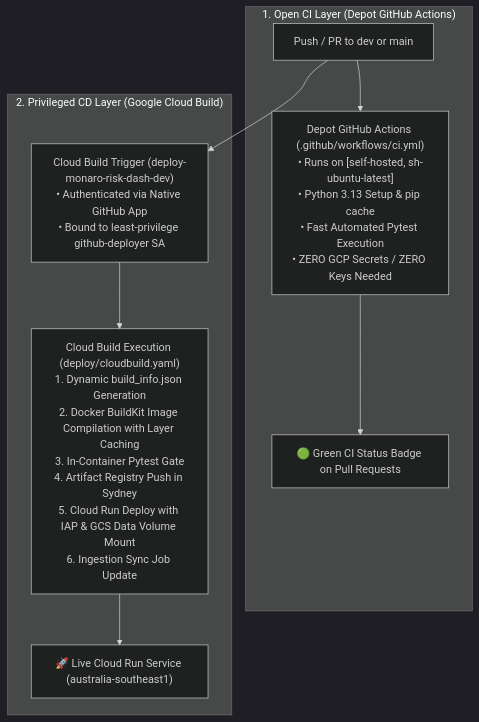
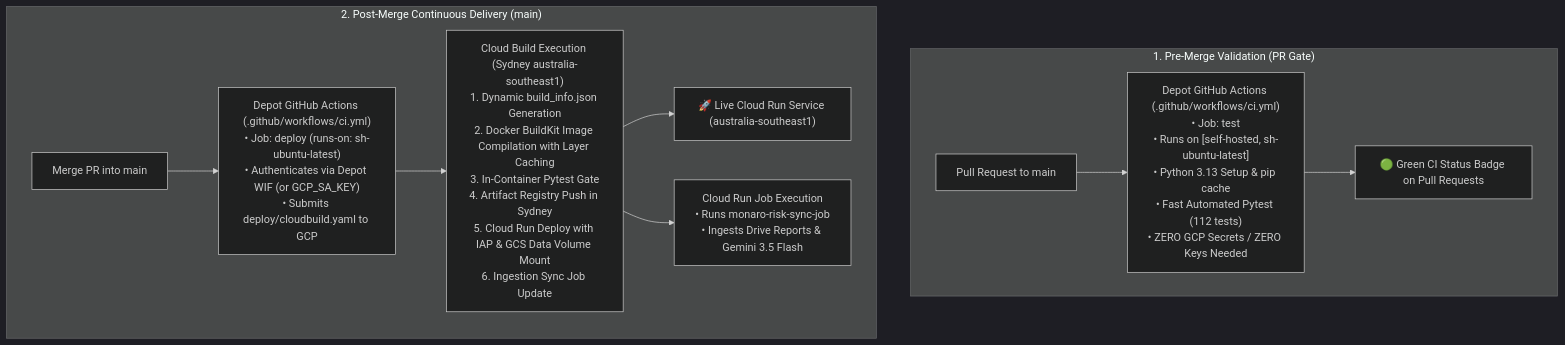
Before and after one commit to brendanhills/uk-bh-project-dash: the second of 3 diagrams in docs/DEPLOYMENT_GUIDE.md, drawn with Mermaid (dark theme). The commit also changed other lines of this file and 7 other files, not shown here.

Commit message:
feat(ci): implement automated post-merge deployment to Cloud Run and release v2.0.1 (#2)

````diff
--- a/docs/DEPLOYMENT_GUIDE.md
+++ b/docs/DEPLOYMENT_GUIDE.md
@@ -430,17 +430,20 @@
 ```mermaid
 flowchart TD
-    subgraph GitHubLayer["1. Open CI Layer (Depot GitHub Actions)"]
-        GHTrigger["Push / PR to dev or main"]
-        GHAction["Depot GitHub Actions (.github/workflows/ci.yml)\n• Runs on [self-hosted, sh-ubuntu-latest]\n• Python 3.13 Setup & pip cache\n• Fast Automated Pytest Execution\n• ZERO GCP Secrets / ZERO Keys Needed"]
-        GHBadge["🟢 Green CI Status Badge on Pull Requests"]
+    subgraph PreMergeLayer["1. Pre-Merge Validation (PR Gate)"]
+        PRTrigger["Pull Request to main"]
+        PRAction["Depot GitHub Actions (.github/workflows/ci.yml)\n• Job: test\n• Runs on [self-hosted, sh-ubuntu-latest]\n• Python 3.13 Setup & pip cache\n• Fast Automated Pytest (112 tests)\n• ZERO GCP Secrets / ZERO Keys Needed"]
+        PRBadge["🟢 Green CI Status Badge on Pull Requests"]
     end
 
-    subgraph GCPLayer["2. Privileged CD Layer (Google Cloud Build)"]
-        CBTrigger["Cloud Build Trigger (deploy-monaro-risk-dash-dev)\n• Authenticated via Native GitHub App\n• Bound to least-privilege github-deployer SA"]
-        CBBuild["Cloud Build Execution (deploy/cloudbuild.yaml)\n1. Dynamic build_info.json Generation\n2. Docker BuildKit Image Compilation with Layer Caching\n3. In-Container Pytest Gate\n4. Artifact Registry Push in Sydney\n5. Cloud Run Deploy with IAP & GCS Data Volume Mount\n6. Ingestion Sync Job Update"]
+    subgraph PostMergeLayer["2. Post-Merge Continuous Delivery (main)"]
+        MergeTrigger["Merge PR into main"]
+        DeployAction["Depot GitHub Actions (.github/workflows/ci.yml)\n• Job: deploy (runs-on: sh-ubuntu-latest)\n• Authenticates via Depot WIF (or GCP_SA_KEY)\n• Submits deploy/cloudbuild.yaml to GCP"]
+        CBBuild["Cloud Build Execution (Sydney australia-southeast1)\n1. Dynamic build_info.json Generation\n2. Docker BuildKit Image Compilation with Layer Caching\n3. In-Container Pytest Gate\n4. Artifact Registry Push in Sydney\n5. Cloud Run Deploy with IAP & GCS Data Volume Mount\n6. Ingestion Sync Job Update"]
+        SyncRun["Cloud Run Job Execution\n• Runs monaro-risk-sync-job\n• Ingests Drive Reports & Gemini 3.5 Flash"]
         CloudRun["🚀 Live Cloud Run Service (australia-southeast1)"]
     end
 
-    GHTrigger --> GHAction --> GHBadge
-    GHTrigger --> CBTrigger --> CBBuild --> CloudRun
+    PRTrigger --> PRAction --> PRBadge
+    MergeTrigger --> DeployAction --> CBBuild --> CloudRun
+    CBBuild --> SyncRun
 ```
````
